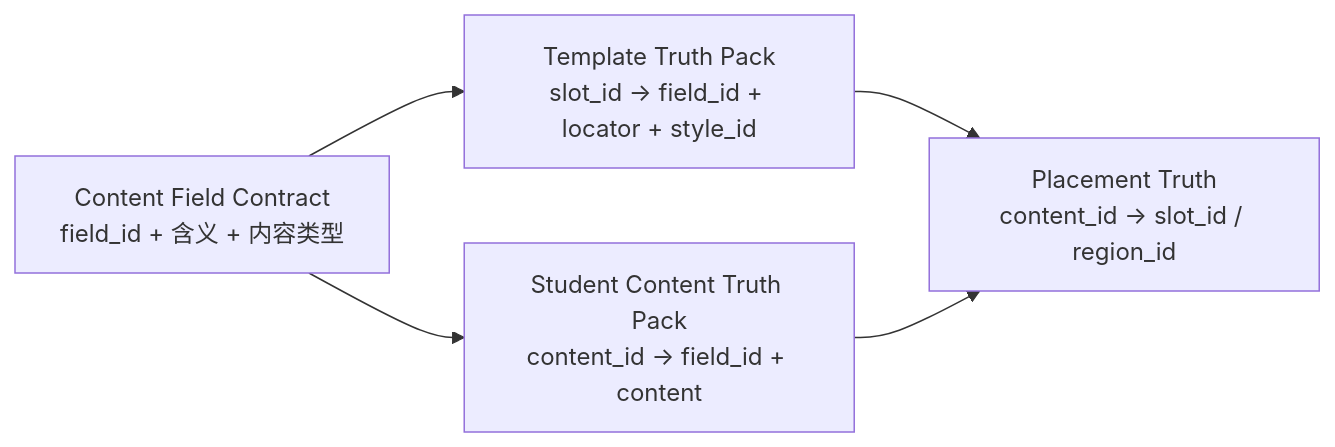
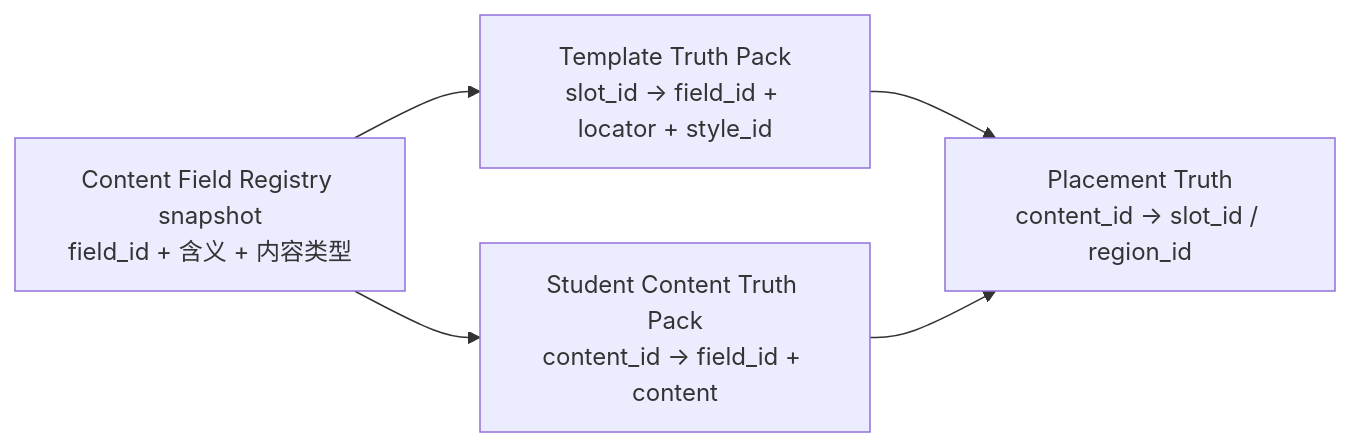
Before and after one commit to bamao88/0730: the first of 9 diagrams in docs/human/eval-data-system-and-pipeline-discussion.md, drawn with Mermaid. The commit also changed other lines of this file and 108 other files, not shown here.

````diff
--- a/docs/human/eval-data-system-and-pipeline-discussion.md
+++ b/docs/human/eval-data-system-and-pipeline-discussion.md
@@ -113,12 +119,12 @@
 ```mermaid
 flowchart LR
-    FIELDS["Content Field Contract<br/>field_id + 含义 + 内容类型"]
+    FIELDS["Content Field Registry snapshot<br/>field_id + 含义 + 内容类型"]
     TEMPLATE["Template Truth Pack<br/>slot_id → field_id + locator + style_id"]
     STUDENT["Student Content Truth Pack<br/>content_id → field_id + content"]
     PLACEMENT["Placement Truth<br/>content_id → slot_id / region_id"]
 
     FIELDS --> TEMPLATE
     FIELDS --> STUDENT
     TEMPLATE --> PLACEMENT
     STUDENT --> PLACEMENT
 ```
````
